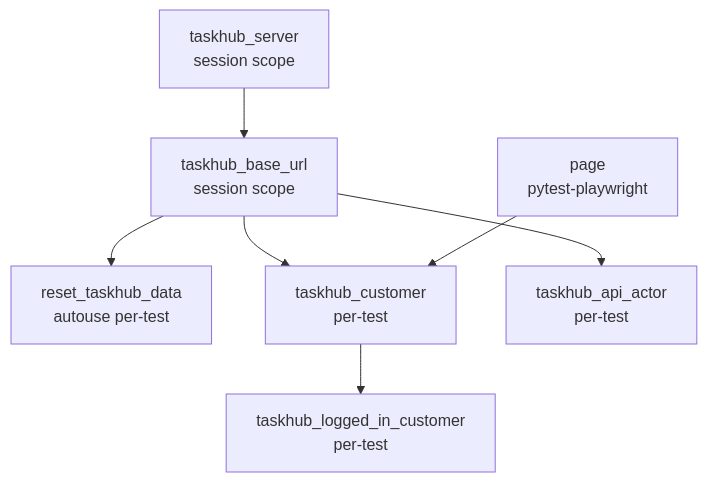
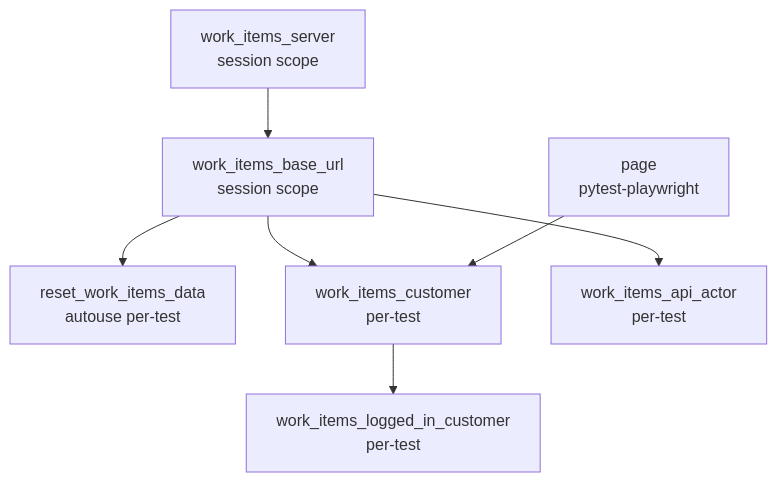
One commit to stansiris/playwright-pytest-screenplay-framework changed the fifth of 5 diagrams in docs/presentation.md. Above: the diagram before and after it, drawn with Mermaid. The commit also changed other lines of this file and 91 other files, not shown here.

Commit message:
Rename TaskHub example to Work Items

````diff
--- a/docs/presentation.md
+++ b/docs/presentation.md
@@ -551,9 +551,9 @@
 ```mermaid
 flowchart TB
-    S[taskhub_server\nsession scope] --> U[taskhub_base_url\nsession scope]
-    U --> R[reset_taskhub_data\nautouse per-test]
-    U --> C[taskhub_customer\nper-test]
-    C --> L[taskhub_logged_in_customer\nper-test]
-    U --> API[taskhub_api_actor\nper-test]
+    S[work_items_server\nsession scope] --> U[work_items_base_url\nsession scope]
+    U --> R[reset_work_items_data\nautouse per-test]
+    U --> C[work_items_customer\nper-test]
+    C --> L[work_items_logged_in_customer\nper-test]
+    U --> API[work_items_api_actor\nper-test]
     PW[page\npytest-playwright] --> C
 ```
````
